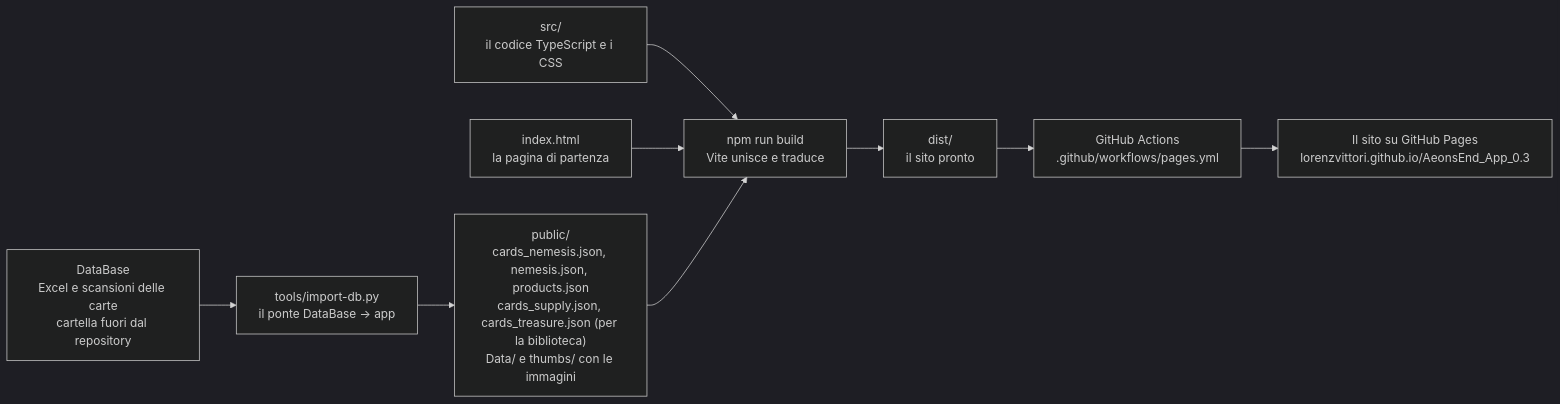
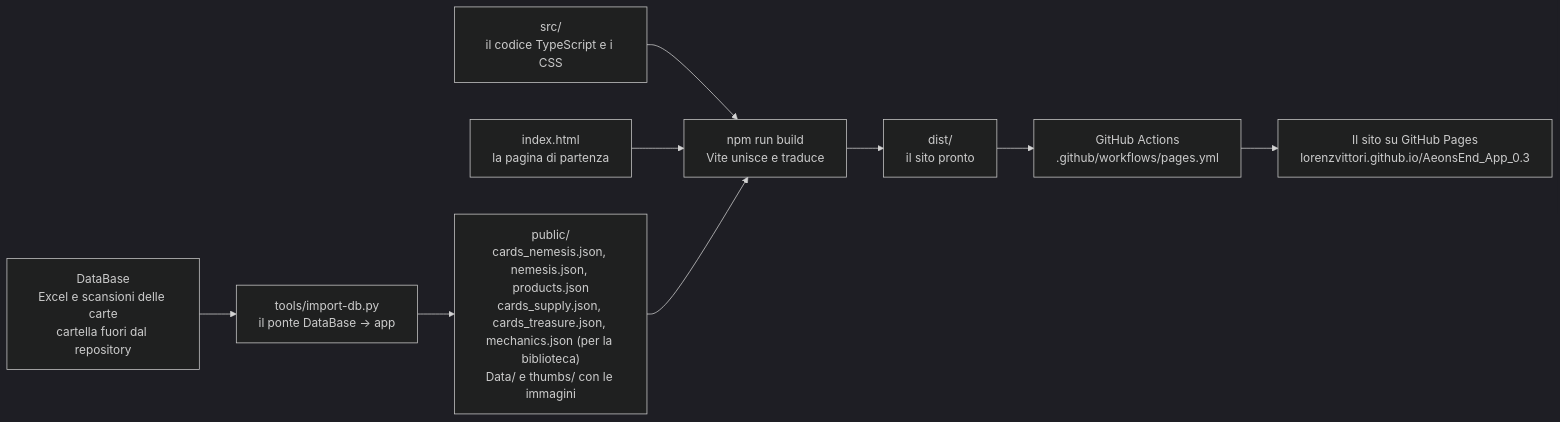
Before and after one commit to lorenzvittori/AeonsEnd_App_0.3: the first of 2 diagrams in docs/01-il-progetto.md, drawn with Mermaid (dark theme). The commit also changed 10 other files, not shown here.

First line of the commit message:
Biblioteca dati: box, miniExpansion e mechanics (lista) in tutte le carte; public/mechanics.json

````diff
--- a/docs/01-il-progetto.md
+++ b/docs/01-il-progetto.md
@@ -18,11 +18,11 @@
 ```mermaid
 flowchart LR
     A["DataBase<br/>Excel e scansioni delle carte<br/>cartella fuori dal repository"] --> B["tools/import-db.py<br/>il ponte DataBase → app"]
-    B --> C["public/<br/>cards_nemesis.json, nemesis.json, products.json<br/>cards_supply.json, cards_treasure.json (per la biblioteca)<br/>Data/ e thumbs/ con le immagini"]
+    B --> C["public/<br/>cards_nemesis.json, nemesis.json, products.json<br/>cards_supply.json, cards_treasure.json, mechanics.json (per la biblioteca)<br/>Data/ e thumbs/ con le immagini"]
     D["src/<br/>il codice TypeScript e i CSS"] --> E["npm run build<br/>Vite unisce e traduce"]
     F["index.html<br/>la pagina di partenza"] --> E
     C --> E
     E --> G["dist/<br/>il sito pronto"]
     G --> H["GitHub Actions<br/>.github/workflows/pages.yml"]
     H --> I["Il sito su GitHub Pages<br/>lorenzvittori.github.io/AeonsEnd_App_0.3"]
 ```
````
